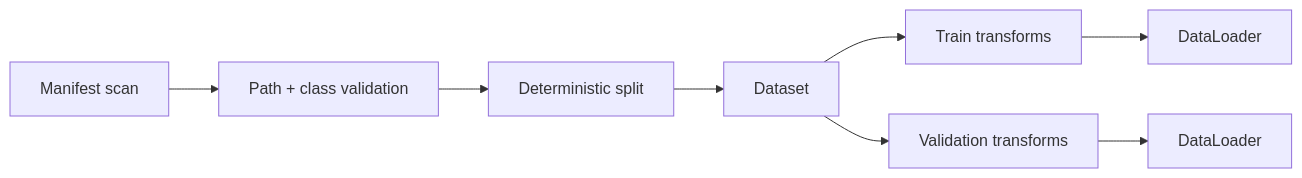
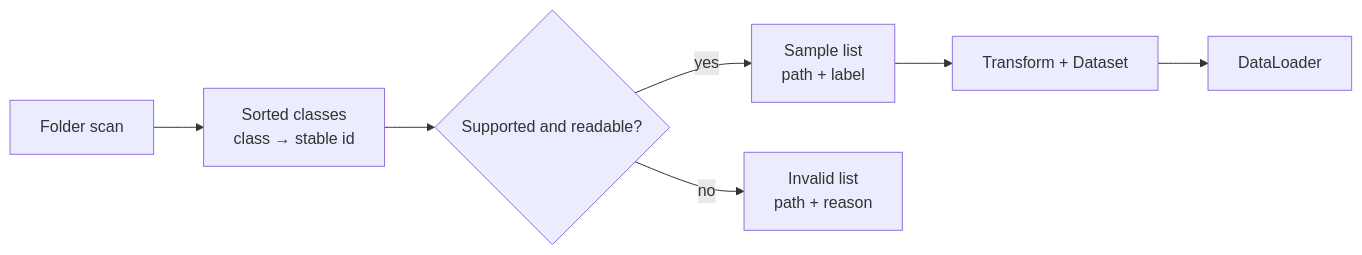
The diagram in docs/projects/robust-image-pipeline.md (danielmza-web/pytorch-learning-hub), drawn with Mermaid before and after one commit. The commit also changed other lines of this file and 20 other files, not shown here.

````diff
--- a/docs/projects/robust-image-pipeline.md
+++ b/docs/projects/robust-image-pipeline.md
@@ -18,10 +40,9 @@
 ```mermaid
 flowchart LR
-    A["Manifest scan"] --> B["Path + class validation"]
-    B --> C["Deterministic split"]
-    C --> D["Dataset"]
-    D --> E["Train transforms"]
-    D --> F["Validation transforms"]
-    E --> G["DataLoader"]
-    F --> H["DataLoader"]
+    A["Folder scan"] --> B["Sorted classes\nclass → stable id"]
+    B --> C{"Supported and readable?"}
+    C -->|"yes"| D["Sample list\npath + label"]
+    C -->|"no"| E["Invalid list\npath + reason"]
+    D --> F["Transform + Dataset"]
+    F --> G["DataLoader"]
 ```
````
